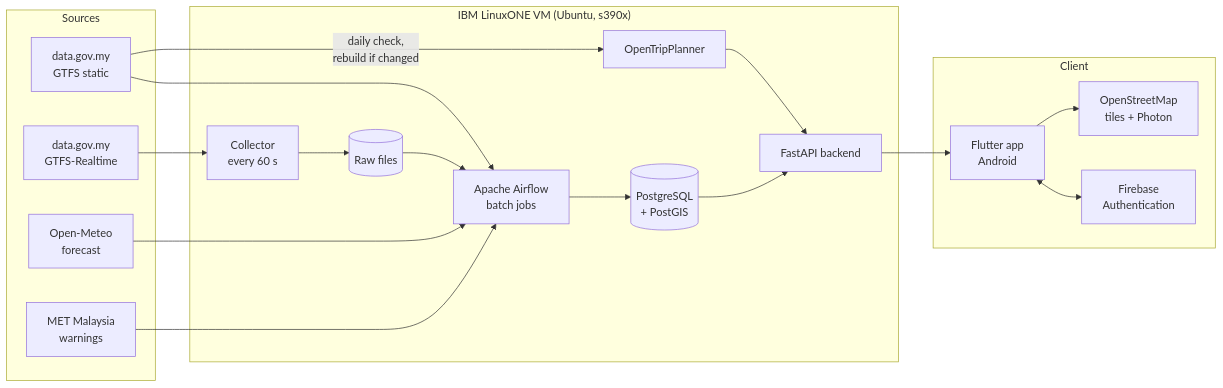
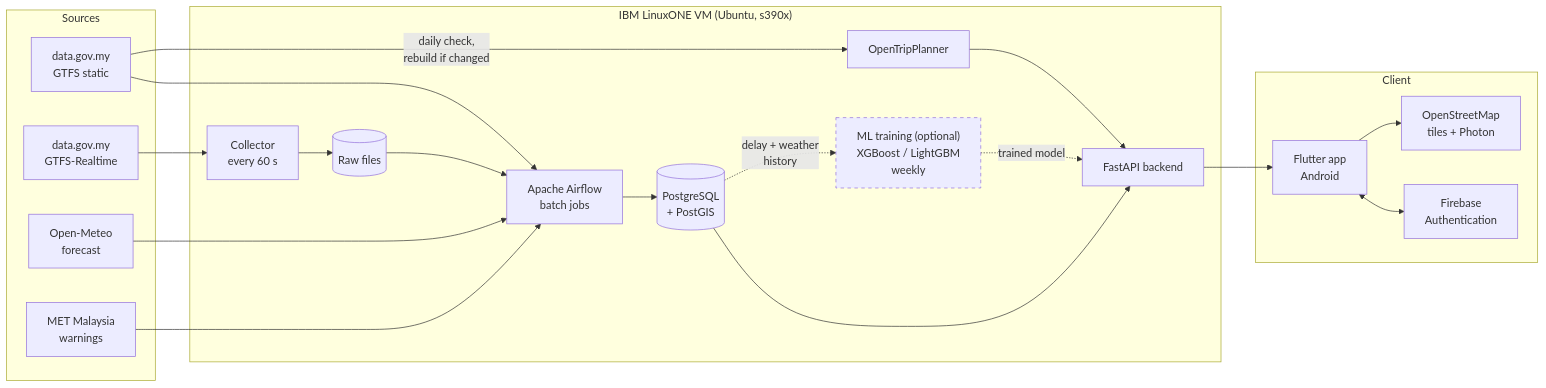
The first of 2 diagrams in README.md (HaidarAlAttas/fyp), drawn with Mermaid before and after one commit. The commit also changed other lines of this file, not shown here.

````diff
--- a/README.md
+++ b/README.md
@@ -43,37 +43,43 @@
 ```mermaid
 flowchart LR
     subgraph Sources
         GTFS[data.gov.my<br/>GTFS static]
         RT[data.gov.my<br/>GTFS-Realtime]
         OM[Open-Meteo<br/>forecast]
         MET[MET Malaysia<br/>warnings]
     end
 
     subgraph Server["IBM LinuxONE VM (Ubuntu, s390x)"]
         COL[Collector<br/>every 60 s]
         RAW[(Raw files)]
         AF[Apache Airflow<br/>batch jobs]
         PG[(PostgreSQL<br/>+ PostGIS)]
         OTP[OpenTripPlanner]
         API[FastAPI backend]
+        ML["ML training (optional)<br/>XGBoost / LightGBM<br/>weekly"]
     end
 
     subgraph Client
         APP[Flutter app<br/>Android]
         FB[Firebase<br/>Authentication]
         OSM[OpenStreetMap<br/>tiles + Photon]
     end
 
     RT --> COL --> RAW
     RAW --> AF
     GTFS --> AF
     OM --> AF
     MET --> AF
     AF --> PG
     GTFS -->|daily check,<br/>rebuild if changed| OTP
     PG --> API
     OTP --> API
+    PG -.->|delay + weather<br/>history| ML
+    ML -.->|trained model| API
     API --> APP
     APP <--> FB
     APP --> OSM
+
+    classDef optional stroke-dasharray: 5 5
+    class ML optional
 ```
````
